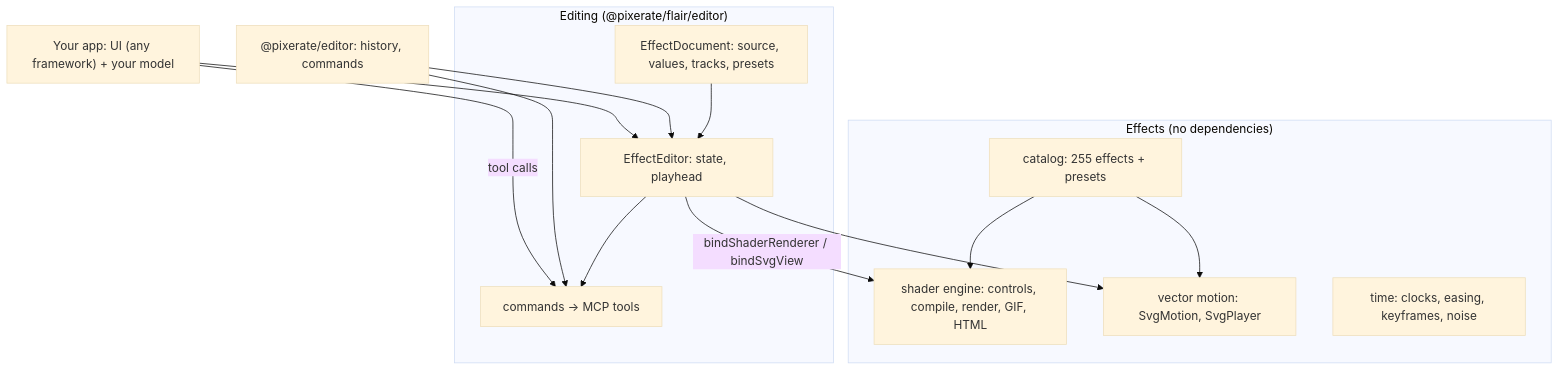
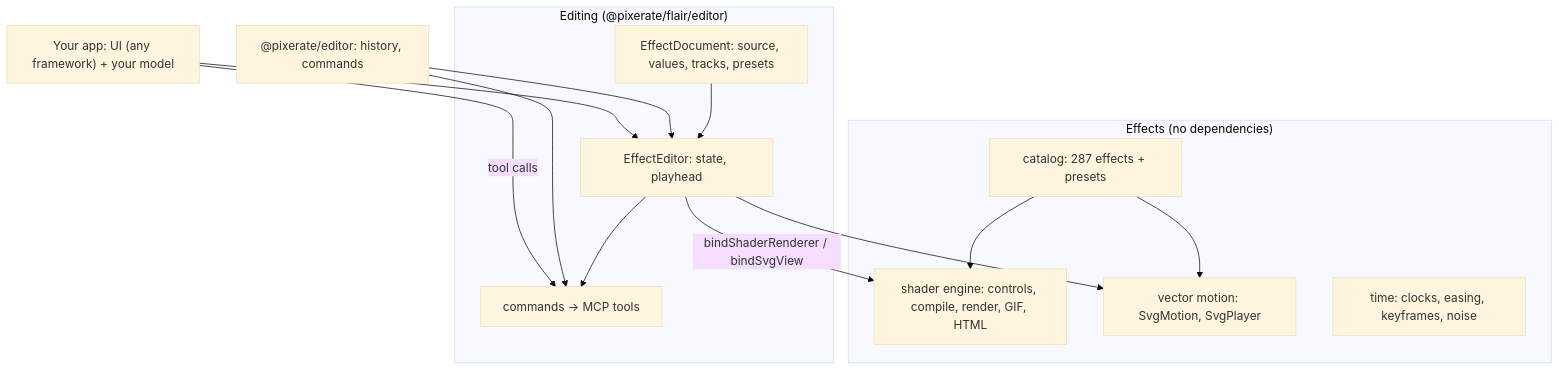
The diagram in README.md (Pixerate/flair), drawn with Mermaid (base theme) before and after one commit. The commit also changed other lines of this file and 12 other files, not shown here.

First line of the commit message:
feat(catalog): atmosphere, glow, shadow and distortion effects (#26)

````diff
--- a/README.md
+++ b/README.md
@@ -58,27 +58,27 @@
 ```mermaid
 graph TD
   subgraph Effects["Effects (no dependencies)"]
-    Catalog["catalog: 255 effects + presets"]
+    Catalog["catalog: 287 effects + presets"]
     Shader["shader engine: controls, compile, render, GIF, HTML"]
     Vector["vector motion: SvgMotion, SvgPlayer"]
     Time["time: clocks, easing, keyframes, noise"]
   end
   subgraph Editing["Editing (@pixerate/flair/editor)"]
     Doc["EffectDocument: source, values, tracks, presets"]
     Editor["EffectEditor: state, playhead"]
     Cmds["commands → MCP tools"]
   end
   PE["@pixerate/editor: history, commands"]
   Host["Your app: UI (any framework) + your model"]
 
   Catalog --> Shader
   Catalog --> Vector
   Doc --> Editor
   Editor --> Cmds
   PE --> Editor
   PE --> Cmds
   Editor -- bindShaderRenderer / bindSvgView --> Shader
   Editor --> Vector
   Host --> Editor
   Host -- tool calls --> Cmds
 ```
````
